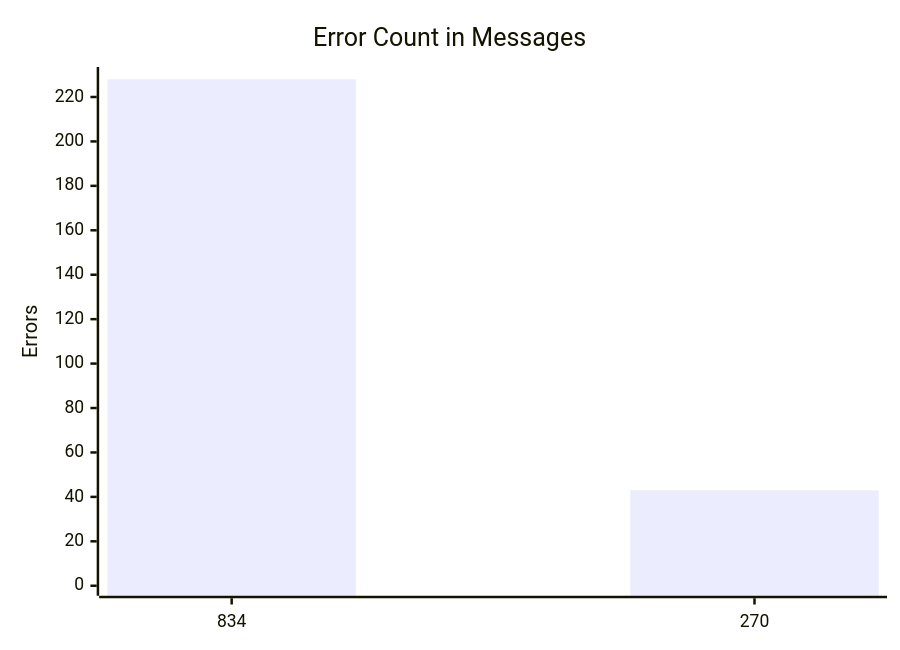
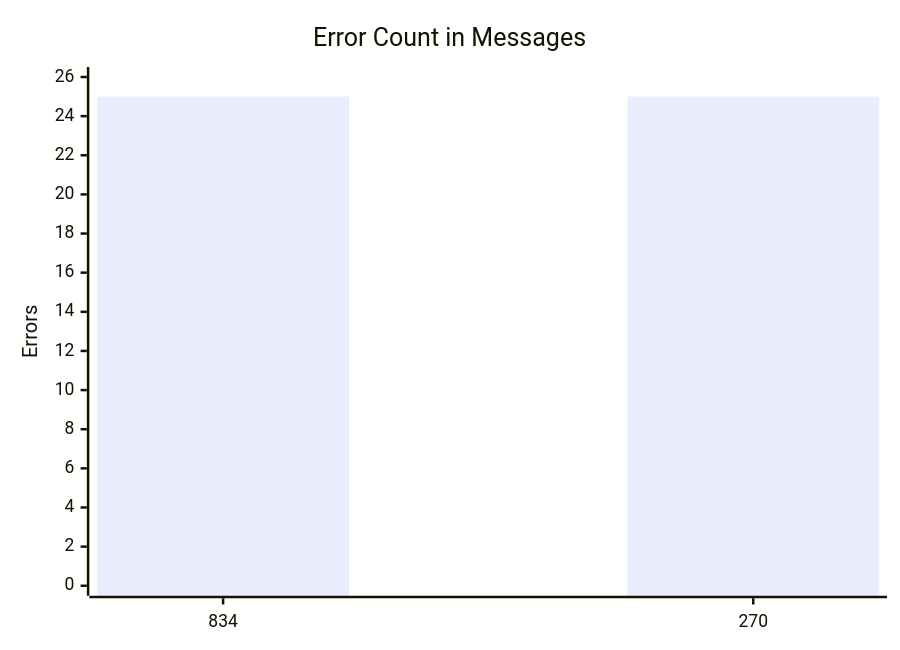
The third of 10 diagrams in test-tools/DataGen/src/Statistics_Visualizer.md (dhagan-va/intern-2025), drawn with Mermaid before and after one commit. The commit also changed other lines of this file and 5 other files, not shown here.

````diff
--- a/test-tools/DataGen/src/Statistics_Visualizer.md
+++ b/test-tools/DataGen/src/Statistics_Visualizer.md
@@ -37,7 +37,7 @@
 ```mermaid
 xychart-beta
     title "Error Count in Messages"
     x-axis ["834", "270"]
-    y-axis "Errors" 0 --> 229
-    bar [228, 43]
+    y-axis "Errors" 0 --> 26
+    bar [25, 25]
 ```
````
